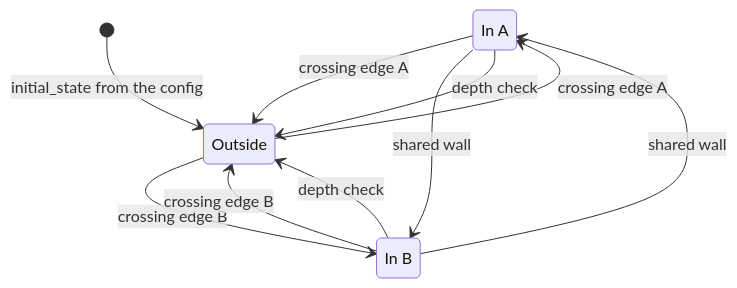
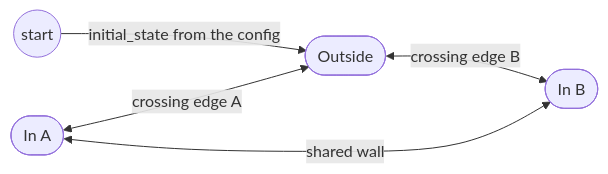
One commit to evg-g/region-presence changed the second of 2 diagrams in README.md. Above: the diagram before and after it, drawn with Mermaid. The commit also changed other lines of this file, not shown here.

Commit message:
README: make the two diagrams readable
On GitHub the data flow diagram was too wide, so it was shrunk and its
last box was cut off, and the long dotted label ran over other arrows.
It is now drawn top to bottom with shorter labels.

The state diagram had six arrows between three states and two "depth
check" labels that overlapped. It is now a flowchart with one two-way
arrow per pair. The depth check is mentioned in one line below it.

Both were rendered with mermaid-cli to check them.

````diff
--- a/README.md
+++ b/README.md
@@ -106,14 +106,7 @@
 ```mermaid
-stateDiagram-v2
-  state "In A" as InA
-  state "In B" as InB
-  [*] --> Outside: initial_state from the config
-  Outside --> InA: crossing edge A
-  InA --> Outside: crossing edge A
-  Outside --> InB: crossing edge B
-  InB --> Outside: crossing edge B
-  InA --> InB: shared wall
-  InB --> InA: shared wall
-  InA --> Outside: depth check
-  InB --> Outside: depth check
+flowchart LR
+  S(("start")) -->|"initial_state from the config"| O([Outside])
+  A([In A]) <-->|"crossing edge A"| O
+  O <-->|"crossing edge B"| B([In B])
+  A <-->|"shared wall"| B
 ```
````
